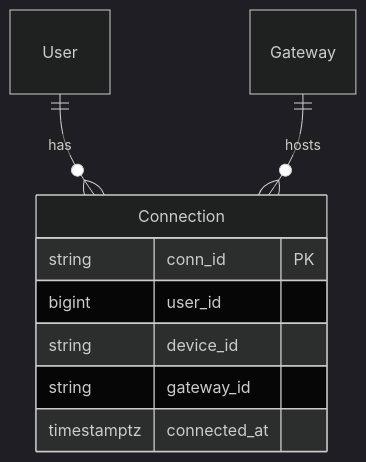
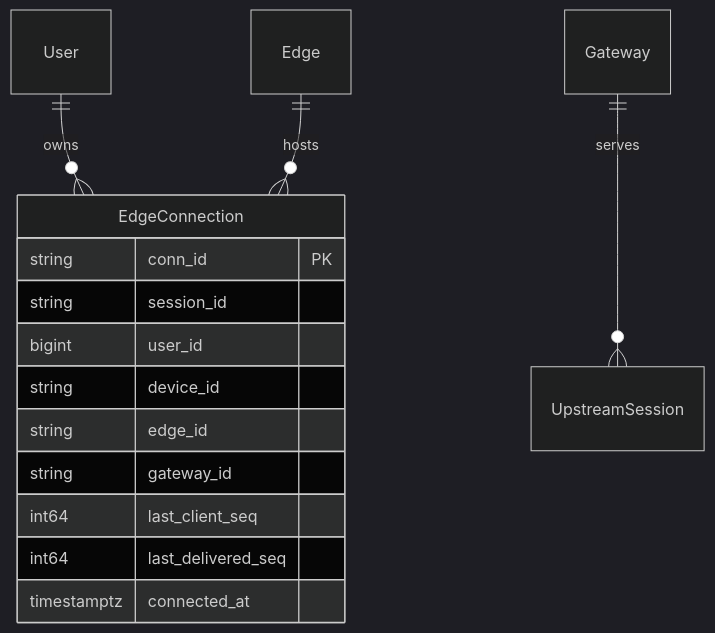
One commit to HappyLadySauce/Beehive-IM changed the sixth of 8 diagrams in docs/gateway/DESIGN.md. Above: the diagram before and after it, drawn with Mermaid (dark theme). The commit also changed other lines of this file and 5 other files, not shown here.

````diff
--- a/docs/gateway/DESIGN.md
+++ b/docs/gateway/DESIGN.md
@@ -267,13 +272,18 @@
 ```mermaid
 erDiagram
-    User ||--o{ Connection : has
-    Gateway ||--o{ Connection : hosts
+    User ||--o{ EdgeConnection : owns
+    Edge ||--o{ EdgeConnection : hosts
+    Gateway ||--o{ UpstreamSession : serves
 
-    Connection {
+    EdgeConnection {
         string conn_id PK
+        string session_id
         bigint user_id
         string device_id
+        string edge_id
         string gateway_id
+        int64 last_client_seq
+        int64 last_delivered_seq
         timestamptz connected_at
     }
 ```
````
